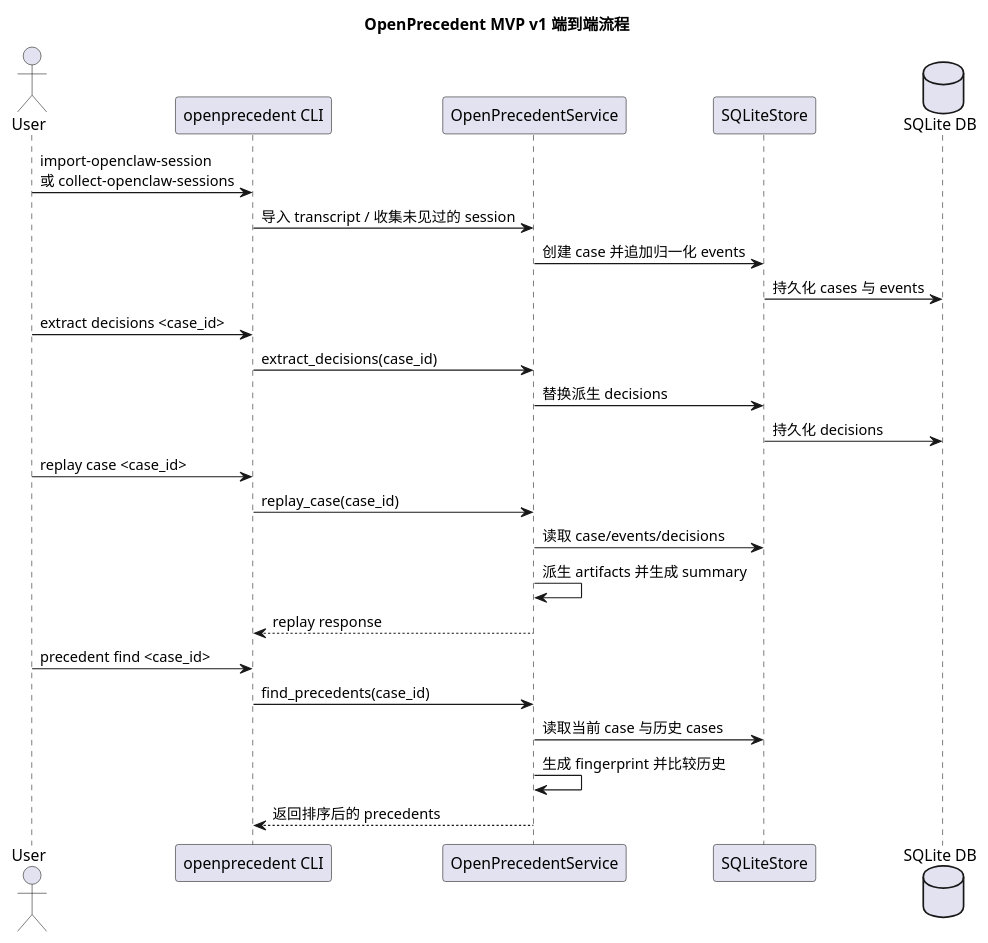
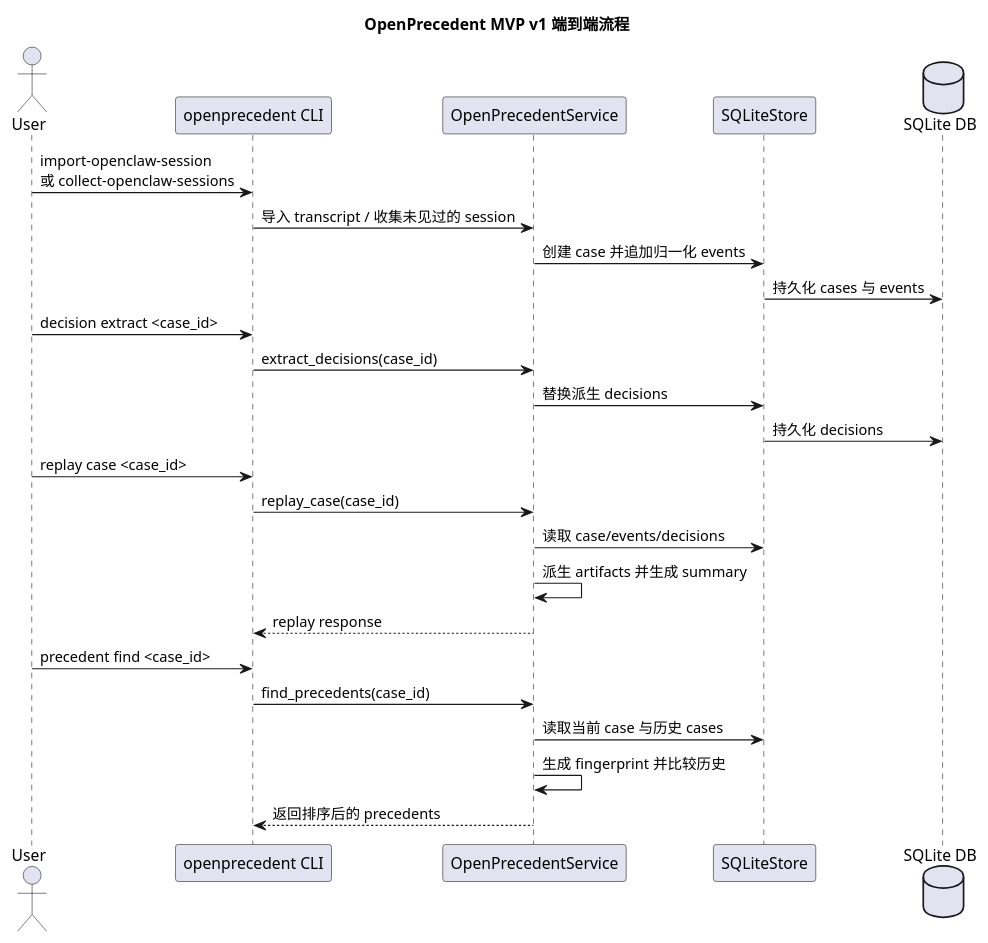
Before and after one commit to openprecedent/openprecedent: the second of 4 diagrams in docs/zh/architecture/mvp-design.md, drawn with PlantUML. The commit also changed other lines of this file and 17 other files, not shown here.

````diff
--- a/docs/zh/architecture/mvp-design.md
+++ b/docs/zh/architecture/mvp-design.md
@@ -129,34 +129,34 @@
 ```plantuml
 @startuml
 skinparam shadowing false
 title OpenPrecedent MVP v1 端到端流程
 
 actor User
 participant "openprecedent CLI" as CLI
 participant "OpenPrecedentService" as Service
 participant "SQLiteStore" as Store
 database "SQLite DB" as DB
 
 User -> CLI : import-openclaw-session\n或 collect-openclaw-sessions
 CLI -> Service : 导入 transcript / 收集未见过的 session
 Service -> Store : 创建 case 并追加归一化 events
 Store -> DB : 持久化 cases 与 events
 
-User -> CLI : extract decisions <case_id>
+User -> CLI : decision extract <case_id>
 CLI -> Service : extract_decisions(case_id)
 Service -> Store : 替换派生 decisions
 Store -> DB : 持久化 decisions
 
 User -> CLI : replay case <case_id>
 CLI -> Service : replay_case(case_id)
 Service -> Store : 读取 case/events/decisions
 Service -> Service : 派生 artifacts 并生成 summary
 CLI <-- Service : replay response
 
 User -> CLI : precedent find <case_id>
 CLI -> Service : find_precedents(case_id)
 Service -> Store : 读取当前 case 与历史 cases
 Service -> Service : 生成 fingerprint 并比较历史
 CLI <-- Service : 返回排序后的 precedents
 @enduml
 ```
````
